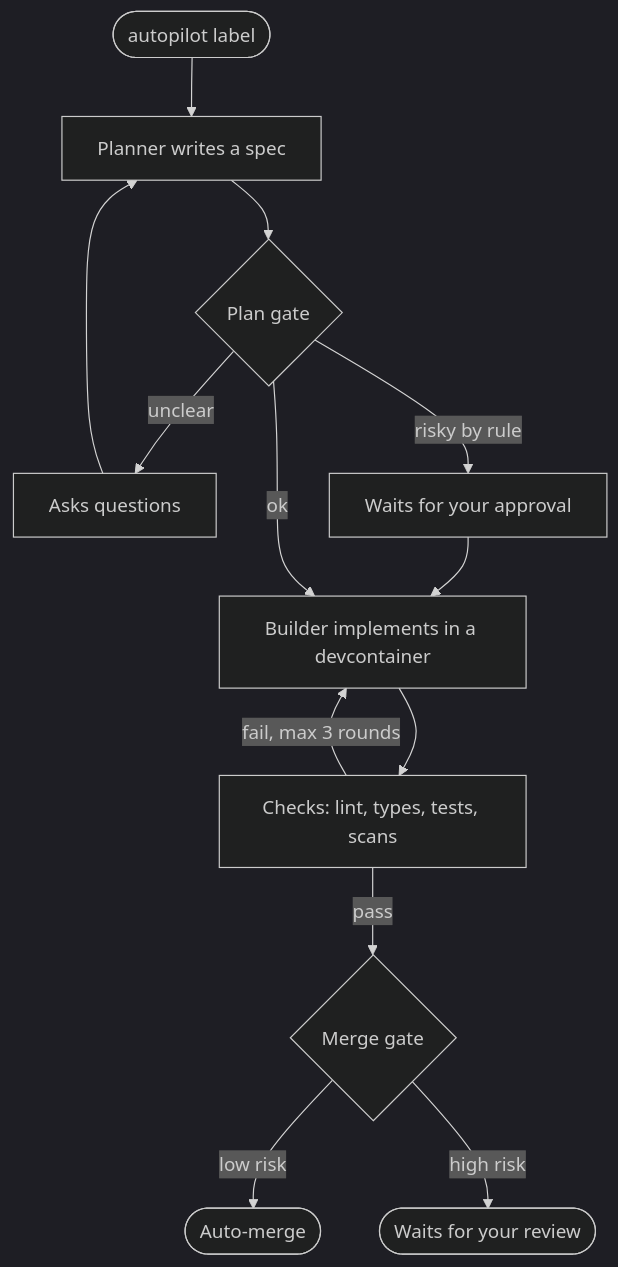
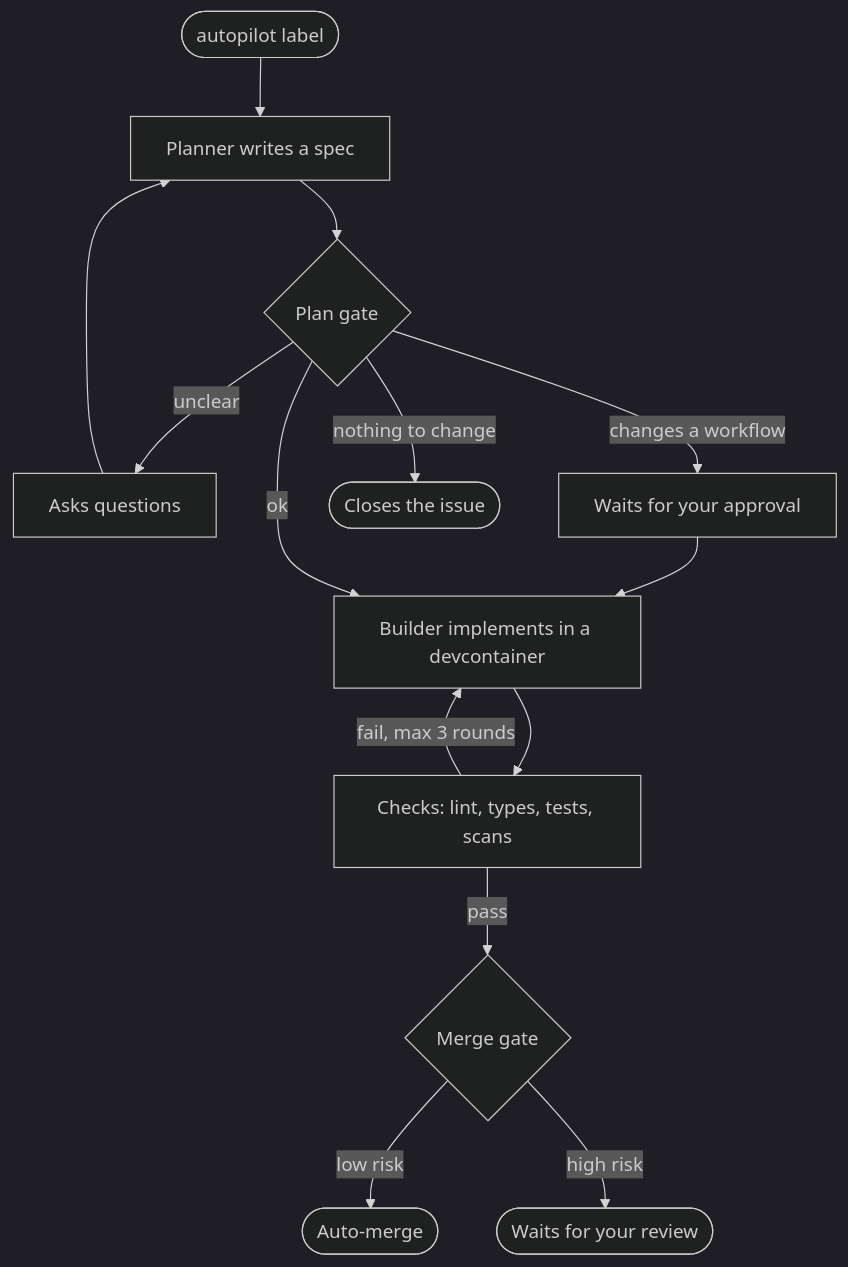
The diagram in README.md (marcaureln/autopilot), drawn with Mermaid (dark theme) before and after one commit. The commit also changed 15 other files, not shown here.

Commit message:
feat(gate): stop only for workflow changes, and close an issue with nothing to change

````diff
--- a/README.md
+++ b/README.md
@@ -62,13 +62,14 @@
 ```mermaid
 flowchart TB
     A([autopilot label]) --> S[Planner writes a spec]
     S --> PG{Plan gate}
     PG -- unclear --> Q[Asks questions] --> S
-    PG -- risky by rule --> P[Waits for your approval] --> B
+    PG -- changes a workflow --> P[Waits for your approval] --> B
+    PG -- nothing to change --> D([Closes the issue])
     PG -- ok --> B[Builder implements in a devcontainer]
     B --> C[Checks: lint, types, tests, scans]
     C -- fail, max 3 rounds --> B
     C -- pass --> MG{Merge gate}
     MG -- low risk --> M([Auto-merge])
     MG -- high risk --> R([Waits for your review])
 ```
````
